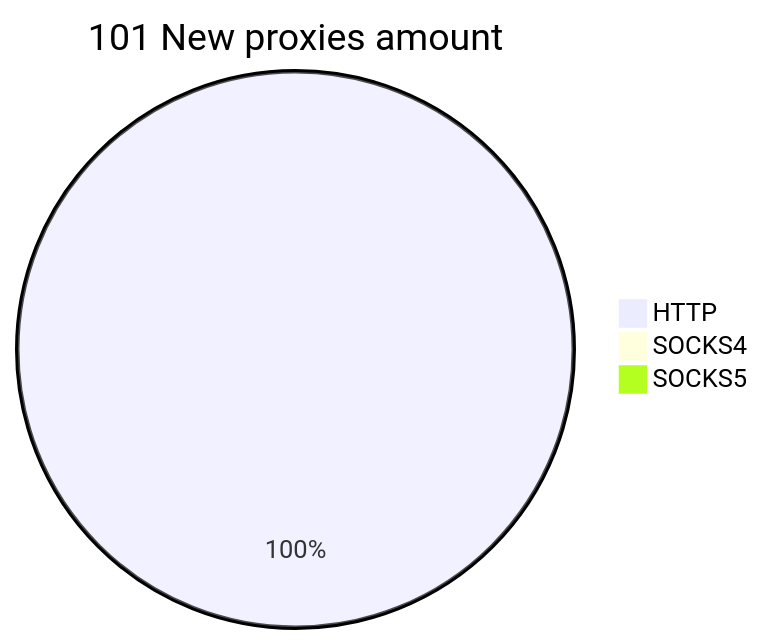
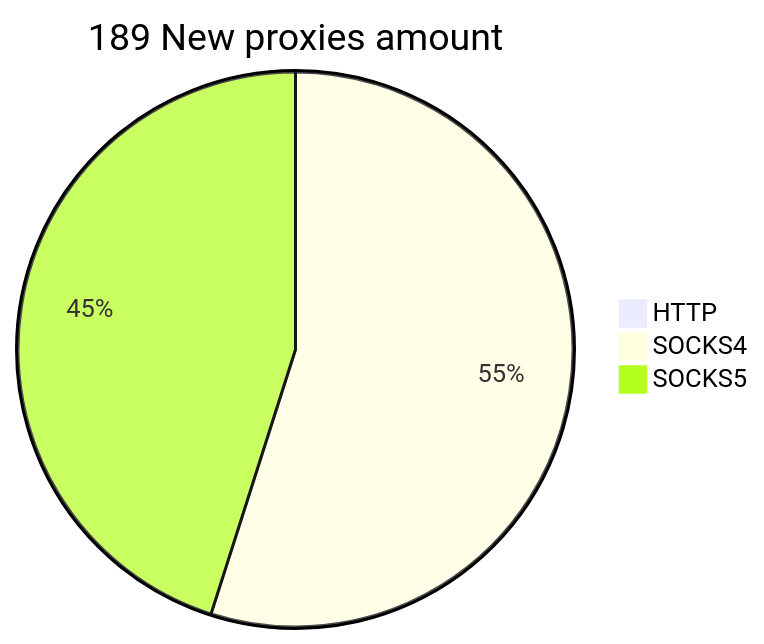
Before and after one commit to cutipu/proxylist: the second of 2 diagrams in README.md, drawn with Mermaid. The commit also changed other lines of this file, not shown here.

````diff
--- a/README.md
+++ b/README.md
@@ -10,6 +10,6 @@
 ```mermaid
-pie title 101 New proxies amount
-    "HTTP" : 103
-    "SOCKS4" : 0
-    "SOCKS5" : 0
+pie title 189 New proxies amount
+    "HTTP" : 0
+    "SOCKS4" : 106
+    "SOCKS5" : 87
 ```
````
